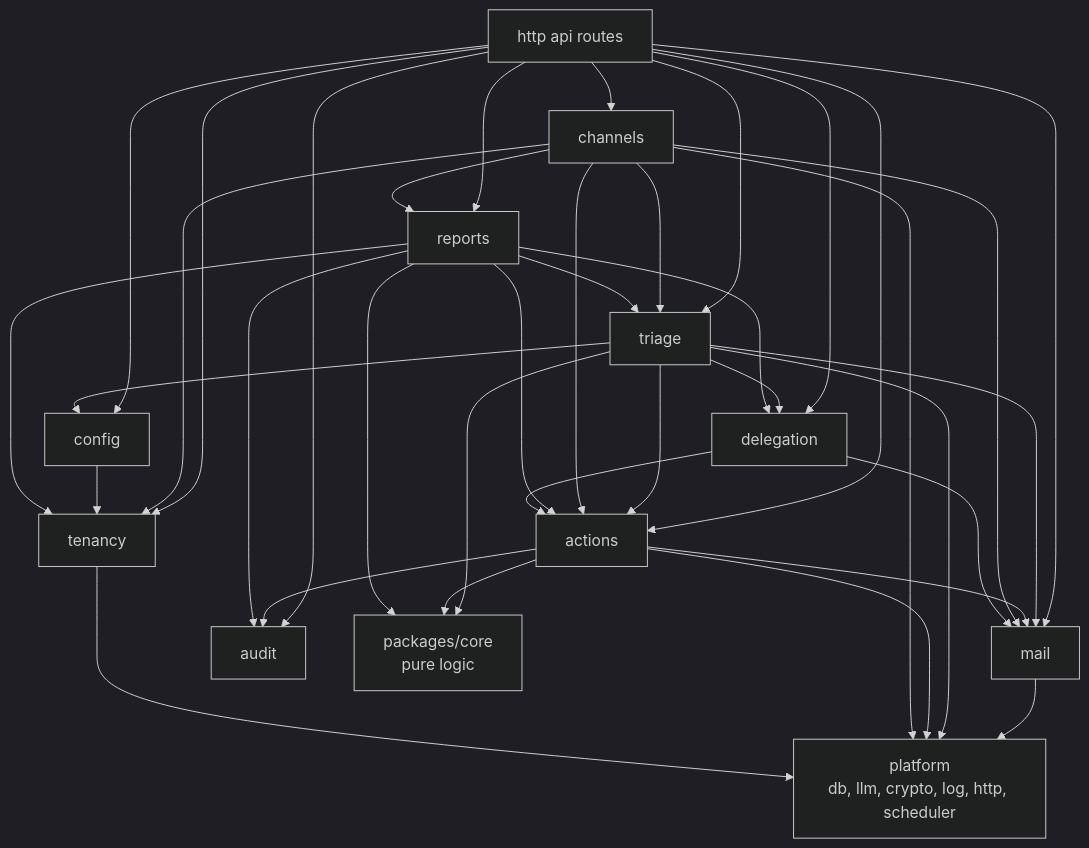
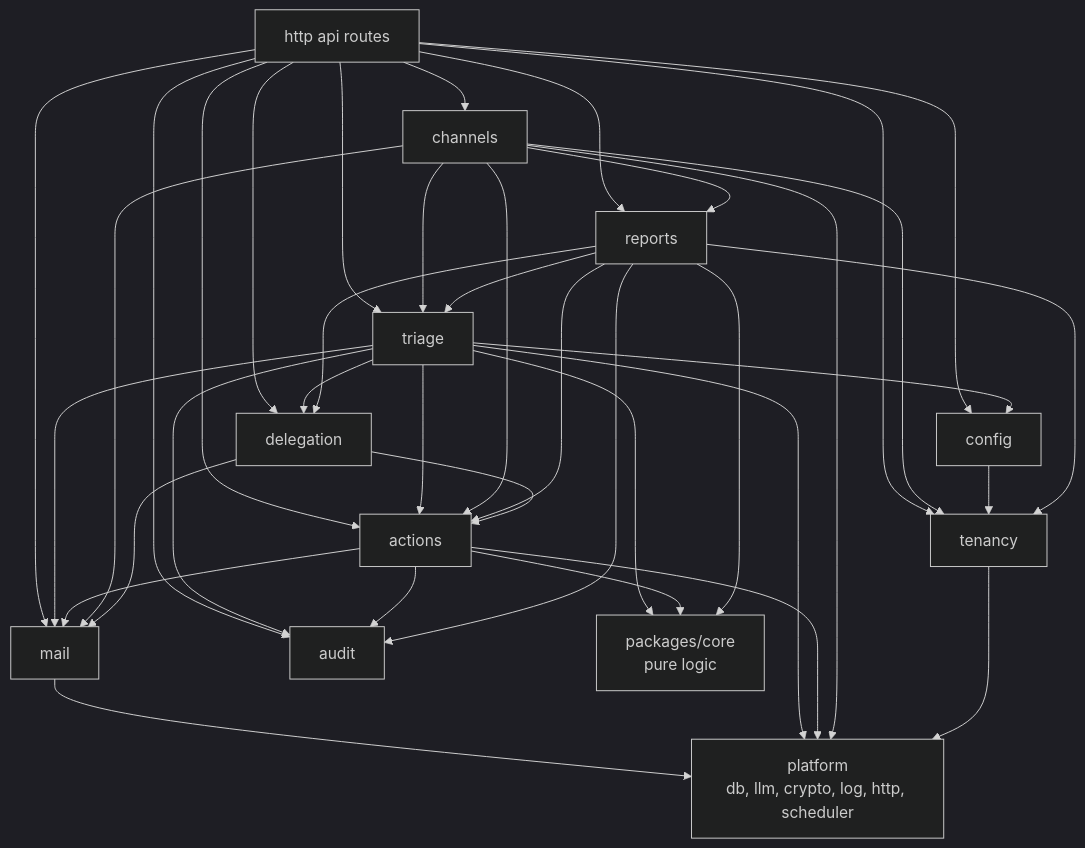
Before and after one commit to Artexs/email_assistant: the second of 2 diagrams in docs/modules.md, drawn with Mermaid (dark theme). The commit also changed other lines of this file and 9 other files, not shown here.

````diff
--- a/docs/modules.md
+++ b/docs/modules.md
@@ -70,41 +70,42 @@
 ```mermaid
 graph TD
     api[http api routes] --> tenancy
     api --> mail
     api --> config
     api --> actions
     api --> audit
     api --> reports
     api --> triage
     api --> channels
     api --> delegation
     triage --> config
     triage --> mail
     triage --> core
     triage --> delegation
     triage --> actions
+    triage --> audit
     actions --> mail
     actions --> audit
     actions --> core
     channels --> actions
     channels --> reports
     channels --> triage
     channels --> tenancy
     channels --> mail
     config --> tenancy
     reports --> tenancy
     reports --> actions
     reports --> triage
     reports --> delegation
     reports --> audit
     reports --> core
     delegation --> actions
     delegation --> mail
     mail --> platform
     triage --> platform
     actions --> platform
     channels --> platform
     tenancy --> platform
     core[packages/core<br/>pure logic]
     platform[platform<br/>db, llm, crypto, log, http, scheduler]
 ```
````
